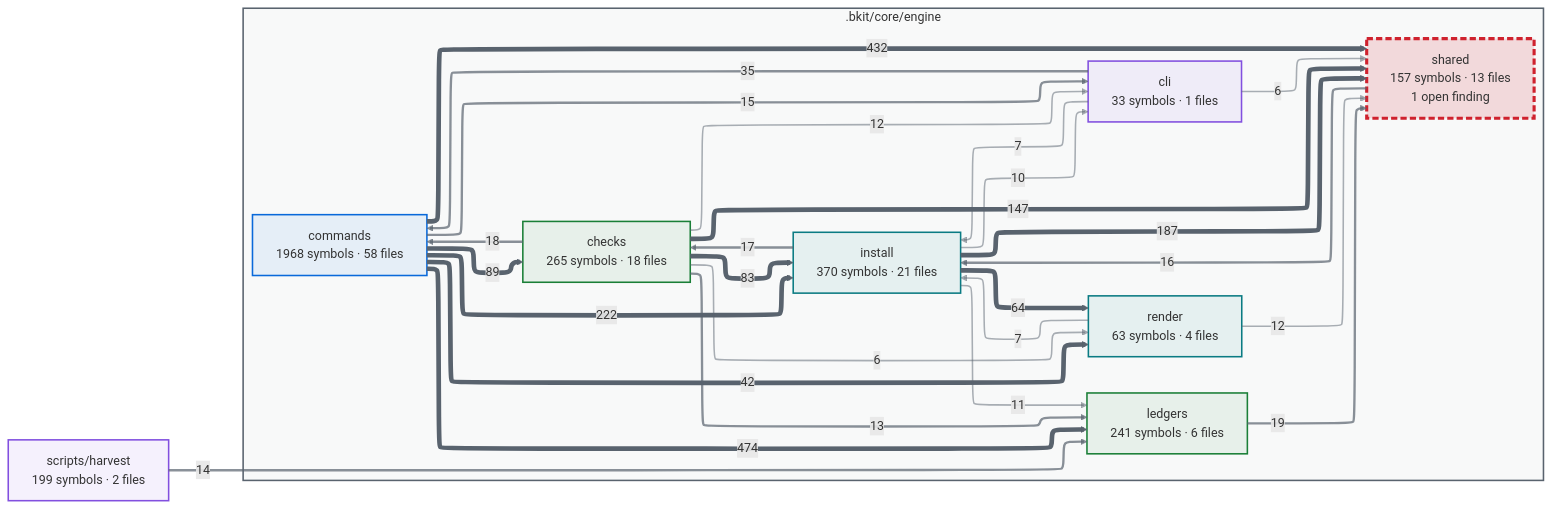
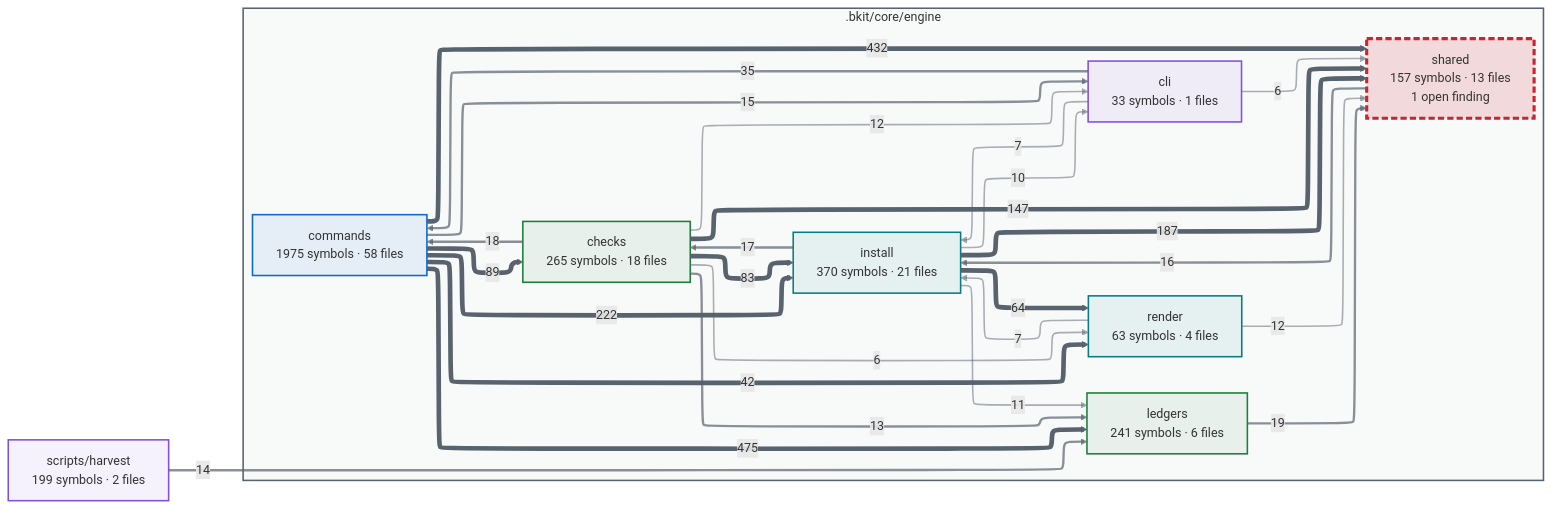
The first of 2 diagrams in docs/capabilities.md (cbartens/bkit), drawn with Mermaid before and after one commit. The commit also changed other lines of this file and 80 other files, not shown here.

````diff
--- a/docs/capabilities.md
+++ b/docs/capabilities.md
@@ -116,80 +116,80 @@
 ```mermaid
 ---
 config:
   layout: elk
   themeCSS: "marker { overflow: visible; } marker path { transform: scale(1.8); transform-origin: 5px 5px; }"
   flowchart:
     useMaxWidth: false
 ---
 flowchart LR
   %% Generated by bkit-graphify-rollup.py — do not edit
   subgraph gn_bkit_core_engine[".bkit/core/engine"]
     n_bkit_core_engine_checks["checks<br/>265 symbols · 18 files"]
     n_bkit_core_engine_cli["cli<br/>33 symbols · 1 files"]
-    n_bkit_core_engine_commands["commands<br/>1968 symbols · 58 files"]
+    n_bkit_core_engine_commands["commands<br/>1975 symbols · 58 files"]
     n_bkit_core_engine_install["install<br/>370 symbols · 21 files"]
     n_bkit_core_engine_ledgers["ledgers<br/>241 symbols · 6 files"]
     n_bkit_core_engine_render["render<br/>63 symbols · 4 files"]
     n_bkit_core_engine_shared["shared<br/>157 symbols · 13 files<br/>1 open finding"]
   end
   nscripts_harvest["scripts/harvest<br/>199 symbols · 2 files"]
-  n_bkit_core_engine_commands -->|474| n_bkit_core_engine_ledgers
+  n_bkit_core_engine_commands -->|475| n_bkit_core_engine_ledgers
   n_bkit_core_engine_commands -->|432| n_bkit_core_engine_shared
   n_bkit_core_engine_commands -->|222| n_bkit_core_engine_install
   n_bkit_core_engine_install -->|187| n_bkit_core_engine_shared
   n_bkit_core_engine_checks -->|147| n_bkit_core_engine_shared
   n_bkit_core_engine_commands -->|89| n_bkit_core_engine_checks
   n_bkit_core_engine_checks -->|83| n_bkit_core_engine_install
   n_bkit_core_engine_install -->|64| n_bkit_core_engine_render
   n_bkit_core_engine_commands -->|42| n_bkit_core_engine_render
   n_bkit_core_engine_cli -->|35| n_bkit_core_engine_commands
   n_bkit_core_engine_ledgers -->|19| n_bkit_core_engine_shared
   n_bkit_core_engine_checks -->|18| n_bkit_core_engine_commands
   n_bkit_core_engine_install -->|17| n_bkit_core_engine_checks
   n_bkit_core_engine_shared -->|16| n_bkit_core_engine_install
   n_bkit_core_engine_commands -->|15| n_bkit_core_engine_cli
   nscripts_harvest -->|14| n_bkit_core_engine_ledgers
   n_bkit_core_engine_checks -->|13| n_bkit_core_engine_ledgers
   n_bkit_core_engine_checks -->|12| n_bkit_core_engine_cli
   n_bkit_core_engine_render -->|12| n_bkit_core_engine_shared
   n_bkit_core_engine_install -->|11| n_bkit_core_engine_ledgers
   n_bkit_core_engine_install -->|10| n_bkit_core_engine_cli
   n_bkit_core_engine_cli -->|7| n_bkit_core_engine_install
   n_bkit_core_engine_render -->|7| n_bkit_core_engine_install
   n_bkit_core_engine_checks -->|6| n_bkit_core_engine_render
   n_bkit_core_engine_cli -->|6| n_bkit_core_engine_shared
   style gn_bkit_core_engine fill:#59636e0a,stroke:#59636e,stroke-width:2px
   style n_bkit_core_engine_checks stroke:#1a7f37,stroke-width:2px,fill:#1a7f3714
   style n_bkit_core_engine_cli stroke:#8250df,stroke-width:2px,fill:#8250df14
   style n_bkit_core_engine_commands stroke:#0969da,stroke-width:2px,fill:#0969da14
   style n_bkit_core_engine_install stroke:#0a7b83,stroke-width:2px,fill:#0a7b8314
   style n_bkit_core_engine_ledgers stroke:#1a7f37,stroke-width:2px,fill:#1a7f3714
   style n_bkit_core_engine_render stroke:#0a7b83,stroke-width:2px,fill:#0a7b8314
   style n_bkit_core_engine_shared stroke:#cf222e,stroke-width:4px,stroke-dasharray:8 4,fill:#cf222e26
   style nscripts_harvest stroke:#8250df,stroke-width:2px,fill:#8250df14
   linkStyle 0 stroke:#59636e,stroke-width:6px
   linkStyle 1 stroke:#59636e,stroke-width:6px
   linkStyle 2 stroke:#59636e,stroke-width:6px
   linkStyle 3 stroke:#59636e,stroke-width:6px
   linkStyle 4 stroke:#59636e,stroke-width:6px
   linkStyle 5 stroke:#59636e,stroke-width:6px
   linkStyle 6 stroke:#59636e,stroke-width:6px
   linkStyle 7 stroke:#59636e,stroke-width:6px
   linkStyle 8 stroke:#59636e,stroke-width:6px
   linkStyle 9 stroke:#59636eb3,stroke-width:3px
   linkStyle 10 stroke:#59636eb3,stroke-width:3px
   linkStyle 11 stroke:#59636eb3,stroke-width:3px
   linkStyle 12 stroke:#59636eb3,stroke-width:3px
   linkStyle 13 stroke:#59636eb3,stroke-width:3px
   linkStyle 14 stroke:#59636eb3,stroke-width:3px
   linkStyle 15 stroke:#59636eb3,stroke-width:3px
   linkStyle 16 stroke:#59636eb3,stroke-width:3px
   linkStyle 17 stroke:#59636e80,stroke-width:2px
   linkStyle 18 stroke:#59636e80,stroke-width:2px
   linkStyle 19 stroke:#59636e80,stroke-width:2px
   linkStyle 20 stroke:#59636e80,stroke-width:2px
   linkStyle 21 stroke:#59636e80,stroke-width:2px
   linkStyle 22 stroke:#59636e80,stroke-width:2px
   linkStyle 23 stroke:#59636e80,stroke-width:2px
   linkStyle 24 stroke:#59636e80,stroke-width:2px
 ```
````
